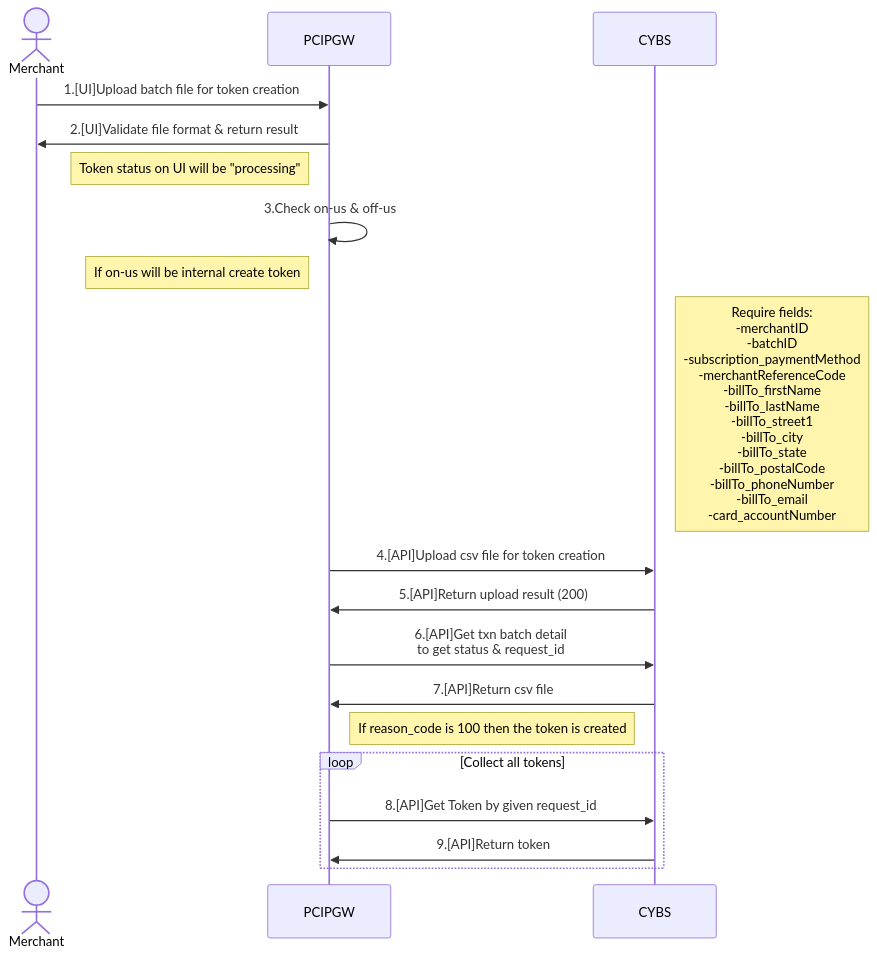
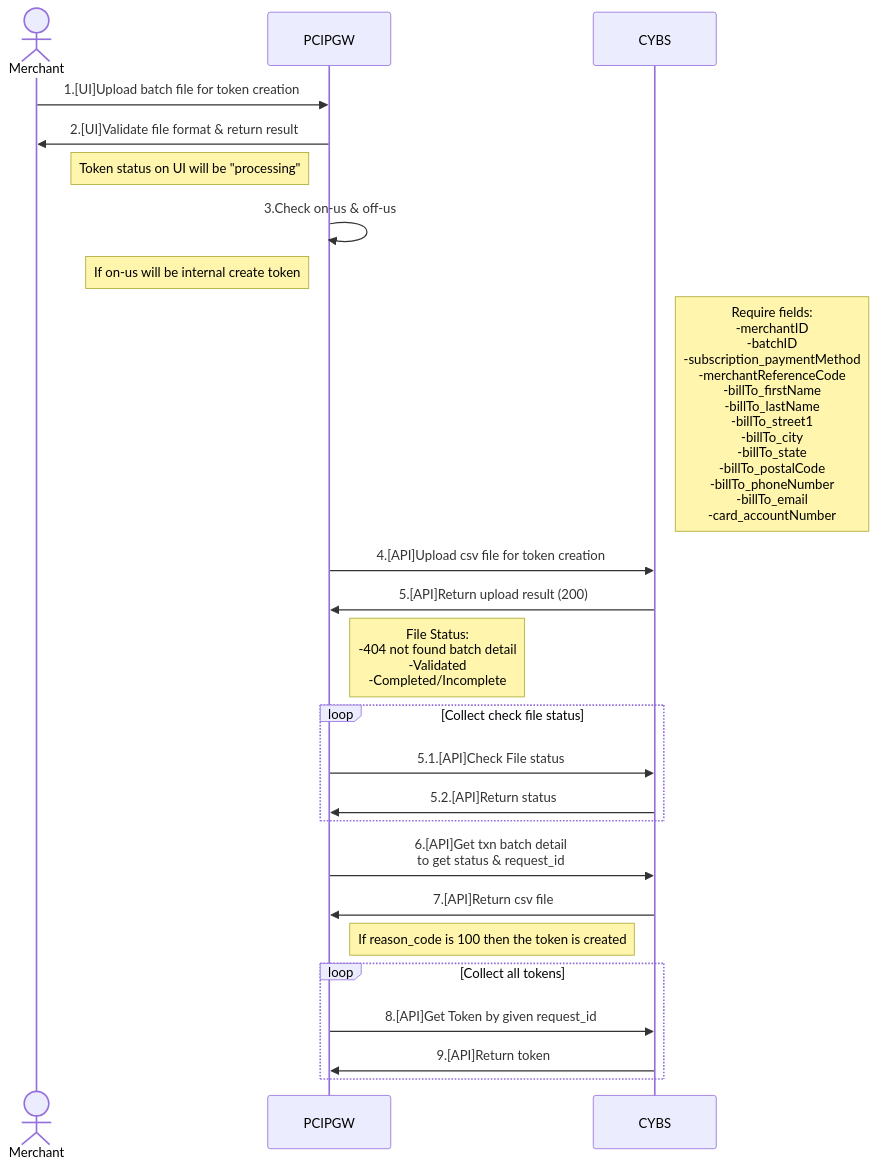
Before and after one commit to yuusuke25/MyNotes: the first of 2 diagrams in CybsFlow.md, drawn with Mermaid. The commit also changed other lines of this file, not shown here.

Commit message:
Update get file status flow

````diff
--- a/CybsFlow.md
+++ b/CybsFlow.md
@@ -2,21 +2,26 @@
 ```mermaid
     sequenceDiagram
         Actor Merchant
         participant PCIPGW
         participant CYBS
         Merchant->>PCIPGW: 1.[UI]Upload batch file for token creation
         PCIPGW->>Merchant: 2.[UI]Validate file format & return result
         Note left of PCIPGW: Token status on UI will be "processing"
         PCIPGW->>PCIPGW: 3.Check on-us & off-us
         Note left of PCIPGW: If on-us will be internal create token
         Note right of CYBS: Require fields:<br> -merchantID<br> -batchID<br> -subscription_paymentMethod<br> -merchantReferenceCode<br> -billTo_firstName<br> -billTo_lastName<br> -billTo_street1<br> -billTo_city<br> -billTo_state<br> -billTo_postalCode<br> -billTo_phoneNumber<br> -billTo_email<br> -card_accountNumber
         PCIPGW->>CYBS: 4.[API]Upload csv file for token creation
         CYBS->>PCIPGW: 5.[API]Return upload result (200)
+        Note right of PCIPGW: File Status:<br> -404 not found batch detail<br> -Validated<br> -Completed/Incomplete
+        Loop Collect check file status
+            PCIPGW->>CYBS: 5.1.[API]Check File status
+            CYBS->>PCIPGW: 5.2.[API]Return status
+        end
         PCIPGW->>CYBS: 6.[API]Get txn batch detail<br>to get status & request_id
         CYBS->>PCIPGW: 7.[API]Return csv file
         Note right of PCIPGW: If reason_code is 100 then the token is created
         Loop Collect all tokens
             PCIPGW->>CYBS: 8.[API]Get Token by given request_id
             CYBS->>PCIPGW: 9.[API]Return token
         end
 ```
````
